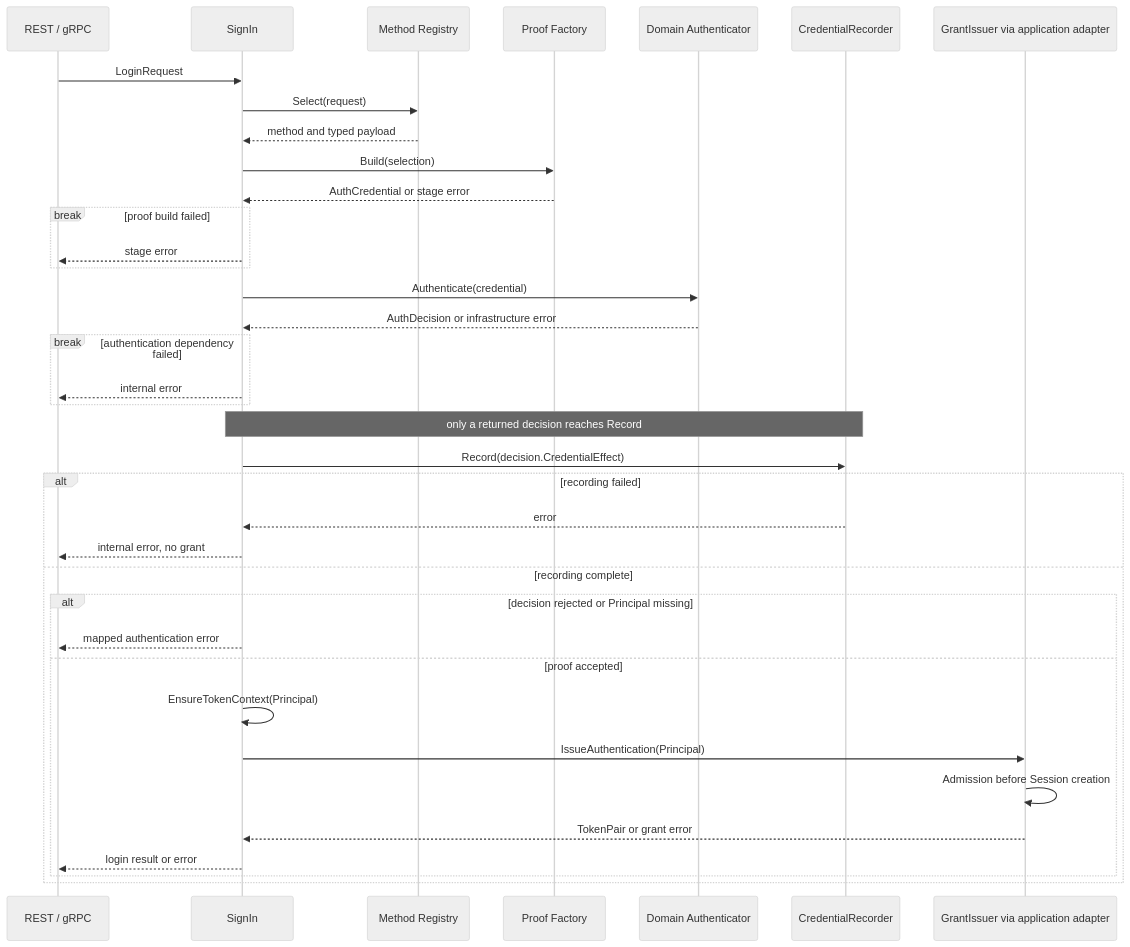
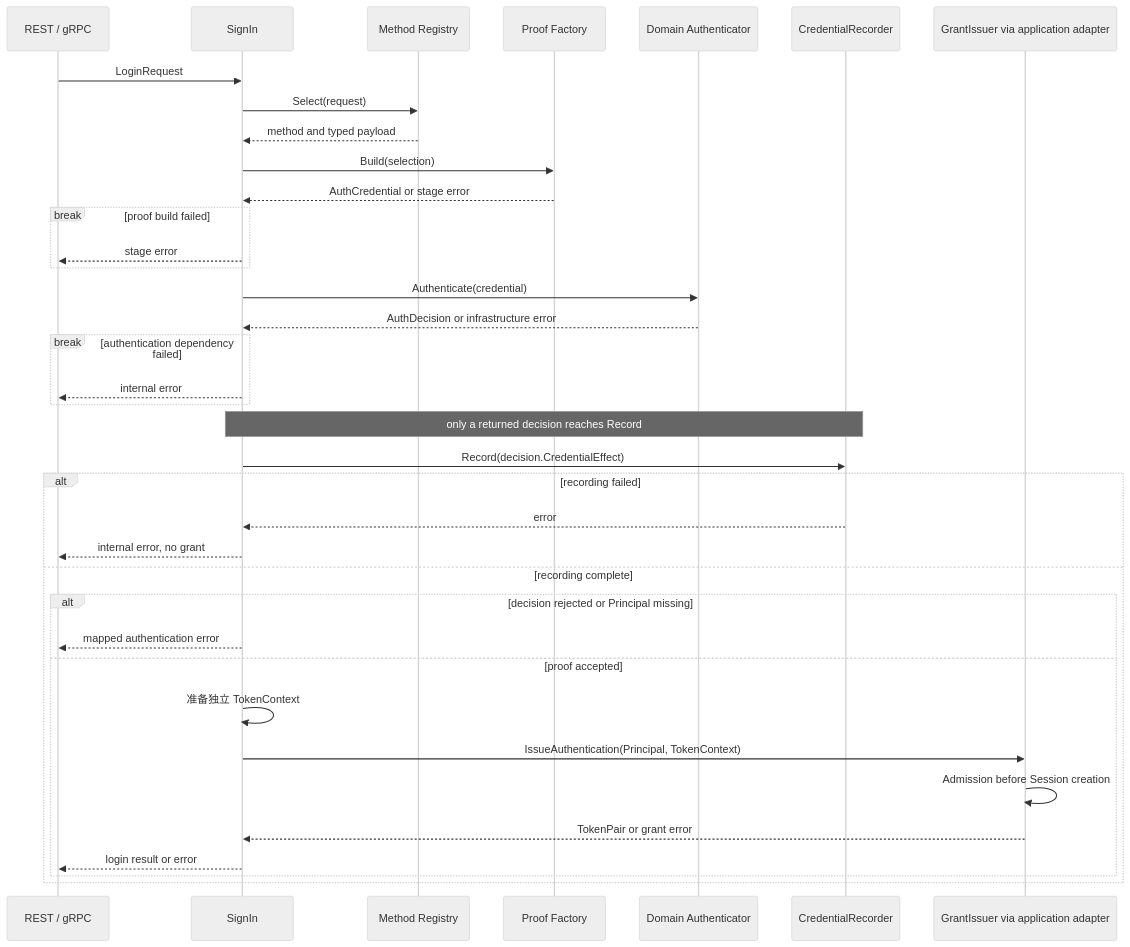
The first of 3 diagrams in docs/02-业务模块/02-AuthN/04-关键链路-Login登录认证.md (FangcunMount/iam-contracts), drawn with Mermaid (neutral theme) before and after one commit. The commit also changed other lines of this file and 39 other files, not shown here.

First line of the commit message:
refactor(authn): 在身份验证流程中用独立的 TokenContext 处理替换 EnsureTokenContext

````diff
--- a/docs/02-业务模块/02-AuthN/04-关键链路-Login登录认证.md
+++ b/docs/02-业务模块/02-AuthN/04-关键链路-Login登录认证.md
@@ -17,39 +17,39 @@
 ```mermaid
 sequenceDiagram
     participant T as REST / gRPC
     participant S as SignIn
     participant M as Method Registry
     participant F as Proof Factory
     participant A as Domain Authenticator
     participant R as CredentialRecorder
     participant G as GrantIssuer via application adapter
     T->>S: LoginRequest
     S->>M: Select(request)
     M-->>S: method and typed payload
     S->>F: Build(selection)
     F-->>S: AuthCredential or stage error
     break proof build failed
         S-->>T: stage error
     end
     S->>A: Authenticate(credential)
     A-->>S: AuthDecision or infrastructure error
     break authentication dependency failed
         S-->>T: internal error
     end
     Note over S,R: only a returned decision reaches Record
     S->>R: Record(decision.CredentialEffect)
     alt recording failed
         R-->>S: error
         S-->>T: internal error, no grant
     else recording complete
         alt decision rejected or Principal missing
             S-->>T: mapped authentication error
         else proof accepted
-            S->>S: EnsureTokenContext(Principal)
-            S->>G: IssueAuthentication(Principal)
+            S->>S: 准备独立 TokenContext
+            S->>G: IssueAuthentication(Principal, TokenContext)
             G->>G: Admission before Session creation
             G-->>S: TokenPair or grant error
             S-->>T: login result or error
         end
     end
 ```
````
